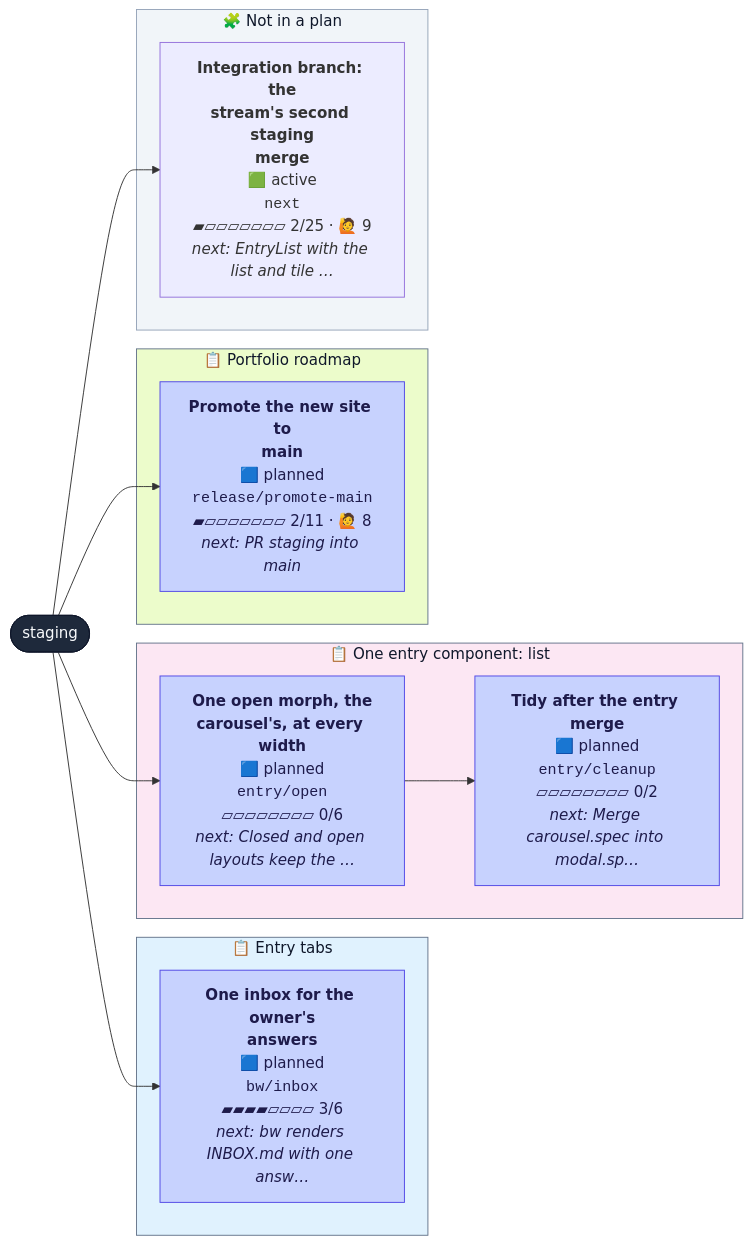
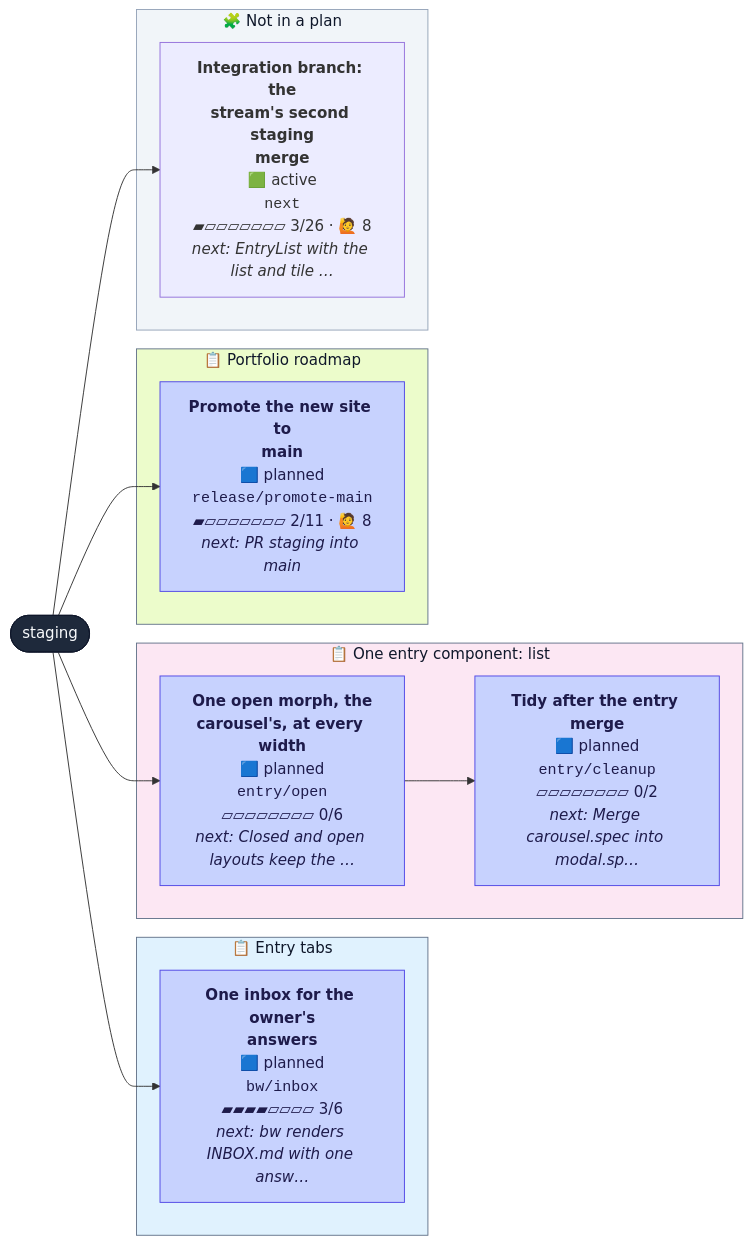
Before and after one commit to henryjonescodes/portfolio: the diagram in CONTRIBUTING.md, drawn with Mermaid. The commit also changed other lines of this file, not shown here.

````diff
--- a/CONTRIBUTING.md
+++ b/CONTRIBUTING.md
@@ -16,38 +16,38 @@
 ```mermaid
 flowchart LR
   n_staging([staging])
   class n_staging trunk
   subgraph plan_0["📋 Entry tabs"]
     n_bw_inbox["<b>One inbox for the owner's<br/>answers</b><br/>🟦 planned<br/><code>bw/inbox</code><br/>▰▰▰▰▱▱▱▱ 3/6<br/><i>next: bw renders INBOX.md with one answ…</i>"]
     class n_bw_inbox planned
   end
   style plan_0 fill:#e0f2fe,stroke:#64748b,color:#0f172a
   subgraph plan_1["📋 One entry component: list"]
     n_entry_cleanup["<b>Tidy after the entry merge</b><br/>🟦 planned<br/><code>entry/cleanup</code><br/>▱▱▱▱▱▱▱▱ 0/2<br/><i>next: Merge carousel.spec into modal.sp…</i>"]
     class n_entry_cleanup planned
     n_entry_open["<b>One open morph, the<br/>carousel's, at every width</b><br/>🟦 planned<br/><code>entry/open</code><br/>▱▱▱▱▱▱▱▱ 0/6<br/><i>next: Closed and open layouts keep the …</i>"]
     class n_entry_open planned
   end
   style plan_1 fill:#fce7f3,stroke:#64748b,color:#0f172a
   subgraph plan_2["📋 Portfolio roadmap"]
     n_release_promote_main["<b>Promote the new site to<br/>main</b><br/>🟦 planned<br/><code>release/promote-main</code><br/>▰▱▱▱▱▱▱▱ 2/11 · 🙋 8<br/><i>next: PR staging into main</i>"]
     class n_release_promote_main planned
   end
   style plan_2 fill:#ecfccb,stroke:#64748b,color:#0f172a
   subgraph loose["🧩 Not in a plan"]
-    n_next["<b>Integration branch: the<br/>stream's second staging<br/>merge</b><br/>🟩 active<br/><code>next</code><br/>▰▱▱▱▱▱▱▱ 2/25 · 🙋 9<br/><i>next: EntryList with the list and tile …</i>"]
+    n_next["<b>Integration branch: the<br/>stream's second staging<br/>merge</b><br/>🟩 active<br/><code>next</code><br/>▰▱▱▱▱▱▱▱ 3/26 · 🙋 8<br/><i>next: EntryList with the list and tile …</i>"]
     class n_next active,current
   end
   style loose fill:#f1f5f9,stroke:#94a3b8,color:#0f172a
   n_staging --> n_bw_inbox
   n_entry_open --> n_entry_cleanup
   n_staging --> n_entry_open
   n_staging --> n_next
   n_staging --> n_release_promote_main
   classDef planned fill:#c7d2fe,stroke:#4f46e5,color:#1e1b4b
   classDef active fill:#bbf7d0,stroke:#16a34a,stroke-width:3px,color:#052e16
   classDef review fill:#fde68a,stroke:#d97706,stroke-width:3px,color:#451a03
   classDef blocked fill:#fecaca,stroke:#dc2626,stroke-width:3px,color:#450a0a
   classDef trunk fill:#1e293b,stroke:#0f172a,color:#f8fafc
   classDef current stroke:#0ea5e9,stroke-width:5px
 ```
````
